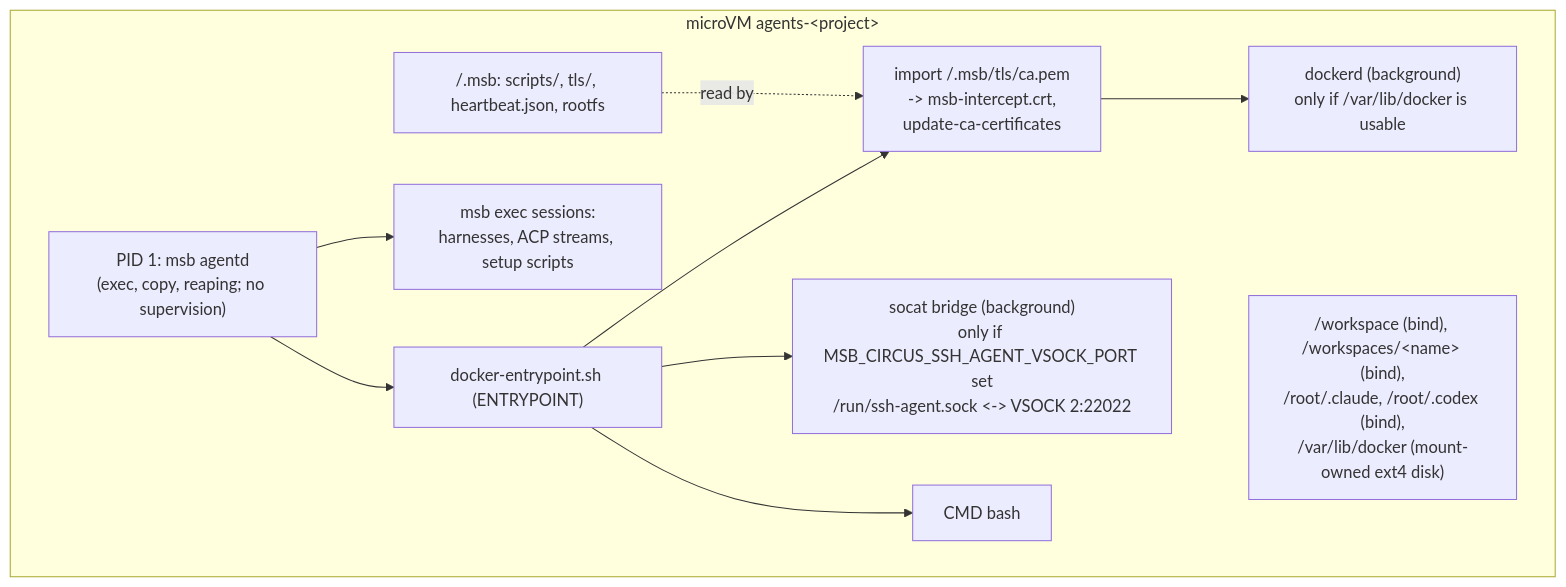
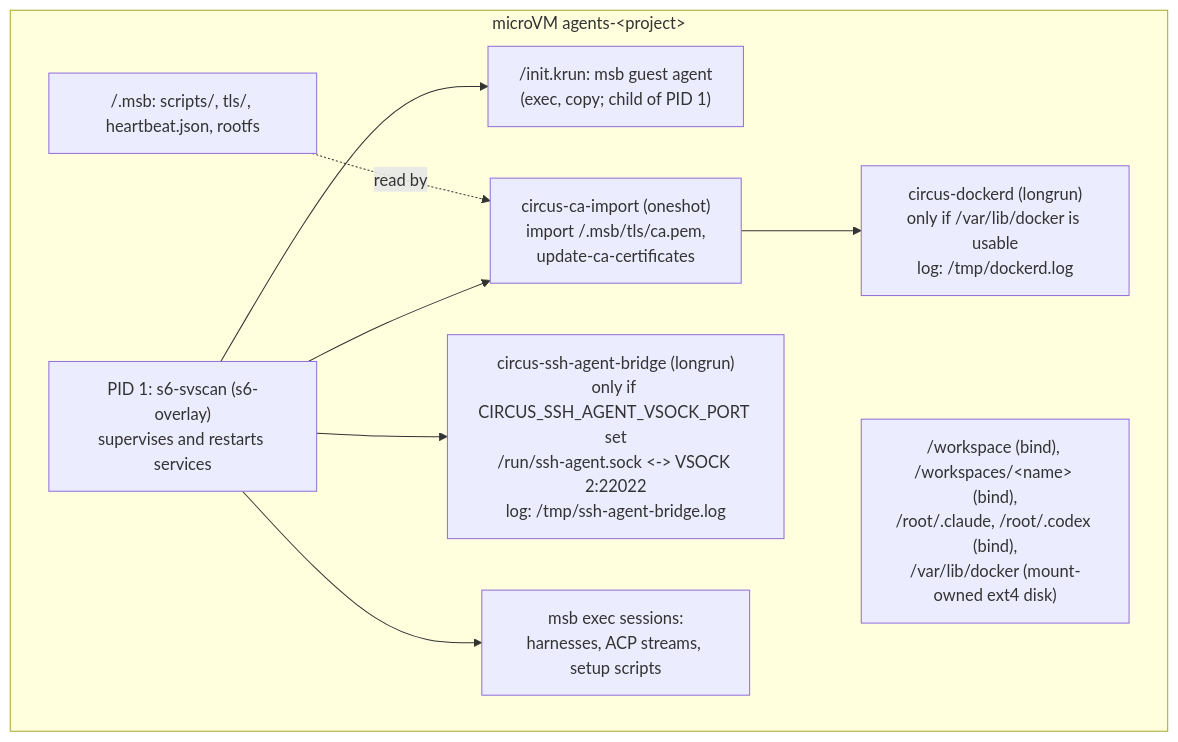
One commit to Embedded-Focus/agent-circus changed the fifth of 7 diagrams in ARCHITECTURE.md. Above: the diagram before and after it, drawn with Mermaid. The commit also changed other lines of this file and 11 other files, not shown here.

First line of the commit message:
feat(msb-circus): supervise sandbox services with s6-overlay

````diff
--- a/ARCHITECTURE.md
+++ b/ARCHITECTURE.md
@@ -252,20 +252,18 @@
 ```mermaid
 flowchart TB
     subgraph guest["microVM agents-&lt;project&gt;"]
-        agentd["PID 1: msb agentd<br/>(exec, copy, reaping; no supervision)"]
-        ep["docker-entrypoint.sh (ENTRYPOINT)"]
-        ca["import /.msb/tls/ca.pem<br/>-> msb-intercept.crt,<br/>update-ca-certificates"]
-        dockerd["dockerd (background)<br/>only if /var/lib/docker is usable"]
-        socat["socat bridge (background)<br/>only if MSB_CIRCUS_SSH_AGENT_VSOCK_PORT set<br/>/run/ssh-agent.sock <-> VSOCK 2:22022"]
-        bash["CMD bash"]
+        init["PID 1: s6-svscan (s6-overlay)<br/>supervises and restarts services"]
+        agentd["/init.krun: msb guest agent<br/>(exec, copy; child of PID 1)"]
+        ca["circus-ca-import (oneshot)<br/>import /.msb/tls/ca.pem,<br/>update-ca-certificates"]
+        dockerd["circus-dockerd (longrun)<br/>only if /var/lib/docker is usable<br/>log: /tmp/dockerd.log"]
+        socat["circus-ssh-agent-bridge (longrun)<br/>only if CIRCUS_SSH_AGENT_VSOCK_PORT set<br/>/run/ssh-agent.sock <-> VSOCK 2:22022<br/>log: /tmp/ssh-agent-bridge.log"]
         execs["msb exec sessions:<br/>harnesses, ACP streams, setup scripts"]
         msbdir["/.msb: scripts/, tls/, heartbeat.json, rootfs"]
         disks["/workspace (bind), /workspaces/&lt;name&gt; (bind),<br/>/root/.claude, /root/.codex (bind),<br/>/var/lib/docker (mount-owned ext4 disk)"]
     end
-    agentd --> ep
-    ep --> ca --> dockerd
-    ep --> socat
-    ep --> bash
-    agentd --> execs
+    init --> agentd
+    init --> ca --> dockerd
+    init --> socat
+    init --> execs
     msbdir -. read by .-> ca
 ```
````
